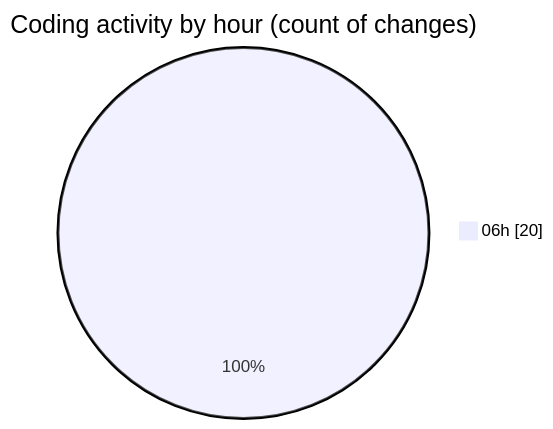
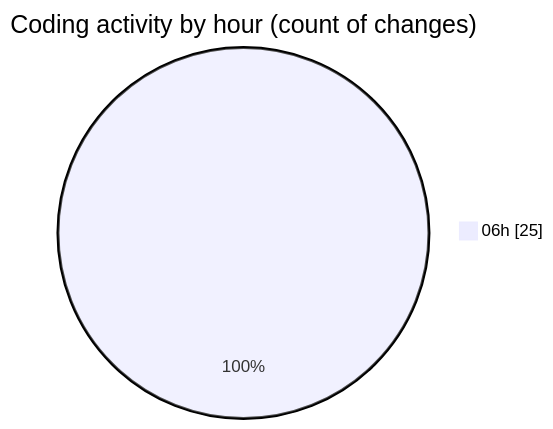
Before and after one commit to charlie-sans/code-tracking: the second of 2 diagrams in 2025-02-25/micros/README.md, drawn with Mermaid. The commit also changed other lines of this file and 1 other file, not shown here.

````diff
--- a/2025-02-25/micros/README.md
+++ b/2025-02-25/micros/README.md
@@ -34,5 +36,5 @@
 ```mermaid
 pie showData
 title Coding activity by hour (count of changes)
-"06h" : 20
+"06h" : 25
 ```
````
